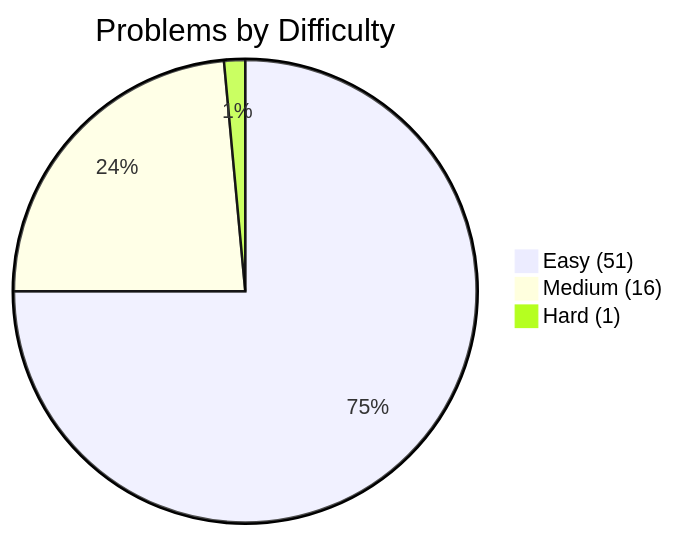
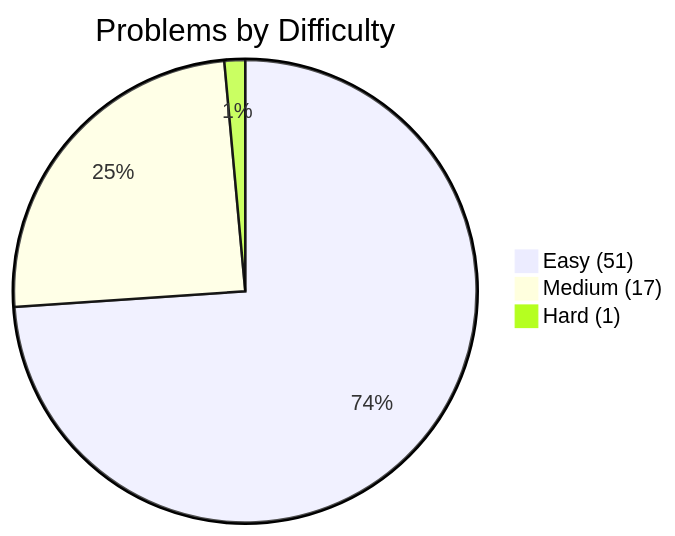
One commit to kanishk-procoder/leetcode-grind changed the first of 2 diagrams in PROGRESS.md. Above: the diagram before and after it, drawn with Mermaid. The commit also changed other lines of this file and 4 other files, not shown here.

````diff
--- a/PROGRESS.md
+++ b/PROGRESS.md
@@ -5,6 +5,6 @@
 ```mermaid
 pie title Problems by Difficulty
     "Easy (51)" : 51
-    "Medium (16)" : 16
+    "Medium (17)" : 17
     "Hard (1)" : 1
 ```
````
